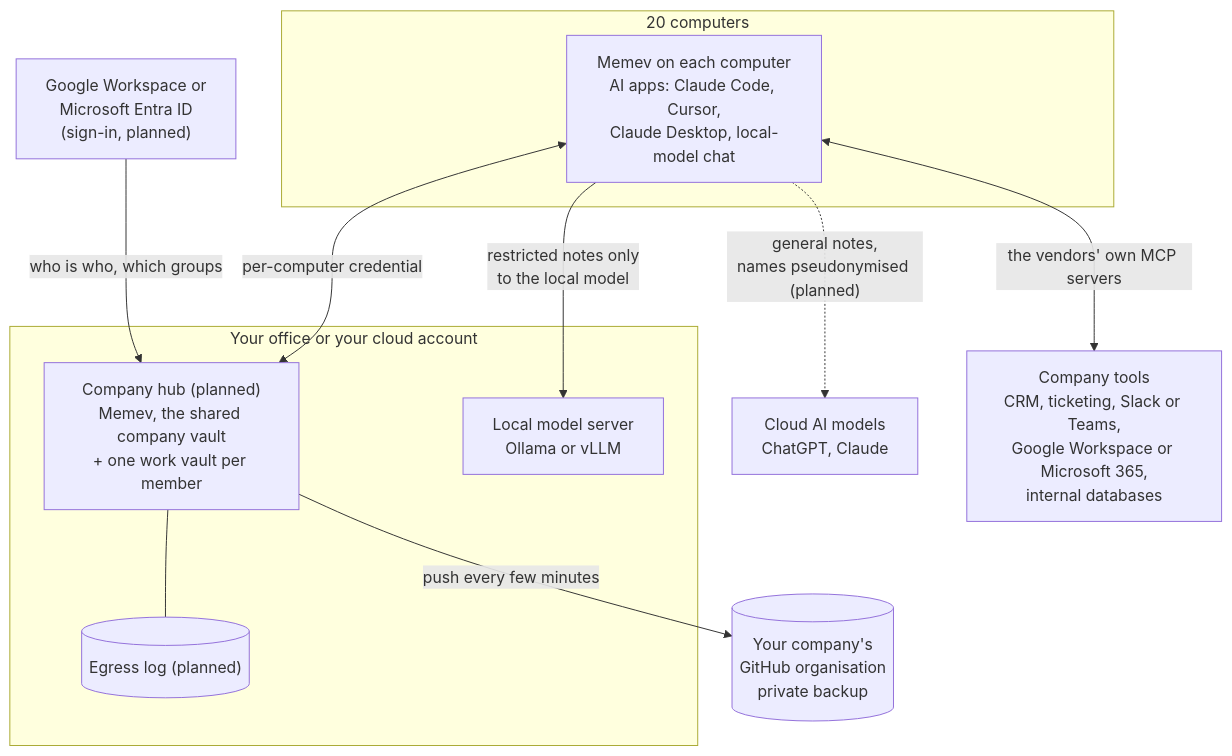
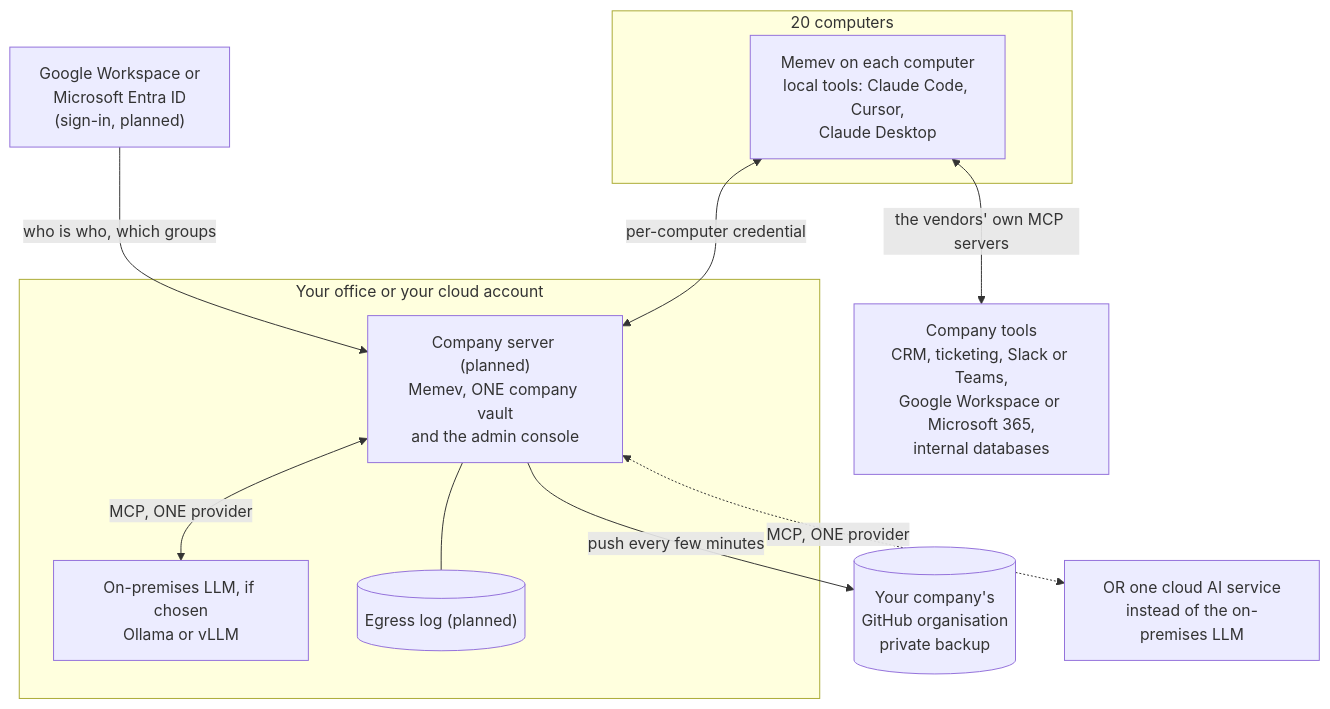
One commit to mgillr/memev changed the second of 3 diagrams in docs/tiers/business.md. Above: the diagram before and after it, drawn with Mermaid. The commit also changed other lines of this file and 60 other files, not shown here.

````diff
--- a/docs/tiers/business.md
+++ b/docs/tiers/business.md
@@ -60,23 +101,23 @@
 ```mermaid
 flowchart TB
     subgraph office["Your office or your cloud account"]
-        hub["Company hub (planned)<br/>Memev, the shared company vault<br/>+ one work vault per member"]
-        model["Local model server<br/>Ollama or vLLM"]
+        hub["Company server (planned)<br/>Memev, ONE company vault<br/>and the admin console"]
+        model["On-premises LLM, if chosen<br/>Ollama or vLLM"]
         audit[("Egress log (planned)")]
         hub --- audit
     end
     subgraph staff["20 computers"]
-        pcs["Memev on each computer<br/>AI apps: Claude Code, Cursor,<br/>Claude Desktop, local-model chat"]
+        pcs["Memev on each computer<br/>local tools: Claude Code, Cursor,<br/>Claude Desktop"]
     end
     idp["Google Workspace or<br/>Microsoft Entra ID<br/>(sign-in, planned)"]
     git[("Your company's<br/>GitHub organisation<br/>private backup")]
-    cloud["Cloud AI models<br/>ChatGPT, Claude"]
+    cloud["OR one cloud AI service<br/>instead of the on-premises LLM"]
     tools["Company tools<br/>CRM, ticketing, Slack or Teams,<br/>Google Workspace or Microsoft 365,<br/>internal databases"]
 
     pcs <-->|"per-computer credential"| hub
     idp -->|"who is who, which groups"| hub
     hub -->|"push every few minutes"| git
-    pcs -->|"restricted notes only<br/>to the local model"| model
-    pcs -.->|"general notes,<br/>names pseudonymised (planned)"| cloud
+    hub <-->|"MCP, ONE provider"| model
+    hub <-.->|"MCP, ONE provider"| cloud
     pcs <-->|"the vendors' own MCP servers"| tools
 ```
````
